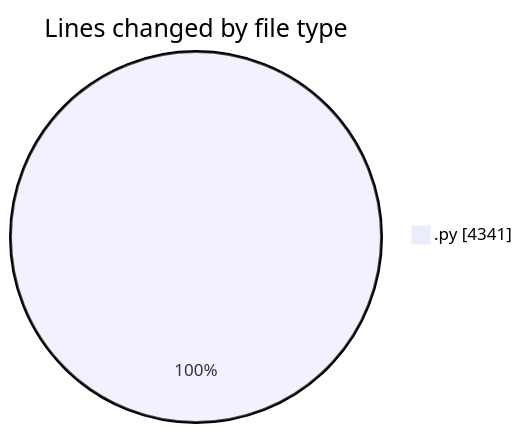
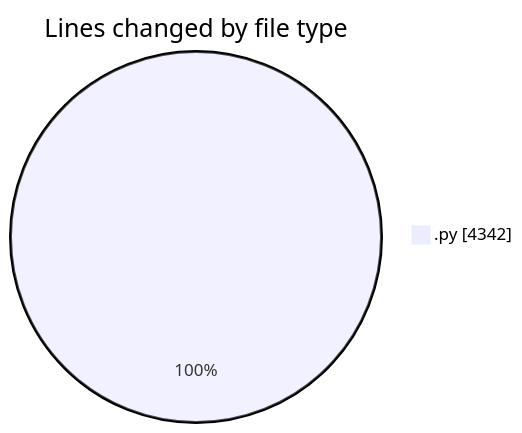
The first of 2 diagrams in 2025-04-18/myws__workspace_/README.md (MatusMokan/code-tracking), drawn with Mermaid before and after one commit. The commit also changed other lines of this file and 1 other file, not shown here.

````diff
--- a/2025-04-18/myws__workspace_/README.md
+++ b/2025-04-18/myws__workspace_/README.md
@@ -21,5 +21,5 @@
 ```mermaid
 pie showData
 title Lines changed by file type
-".py" : 4341
+".py" : 4342
 ```
````
